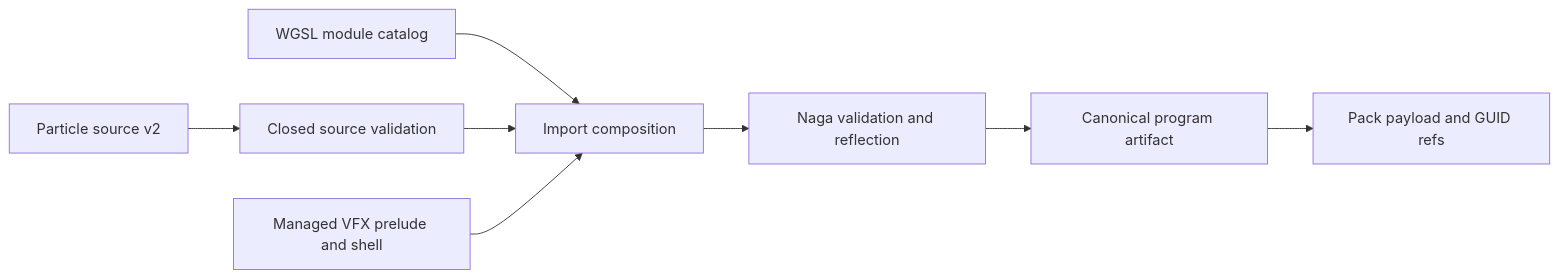
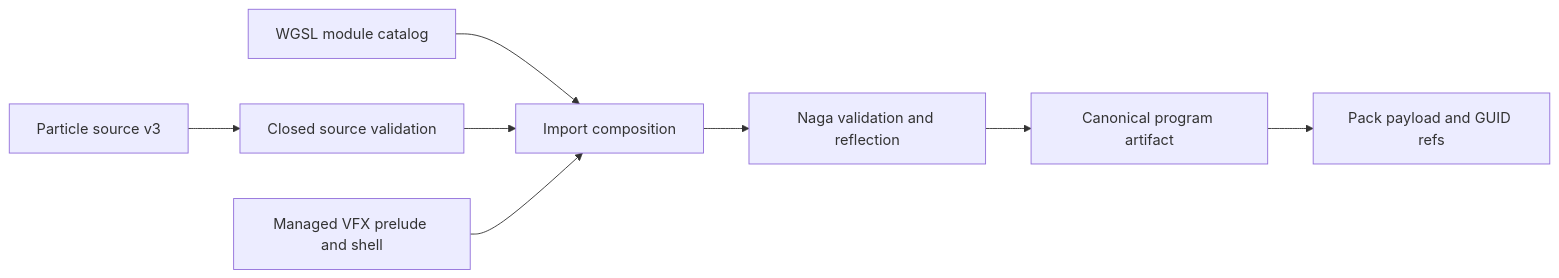
Before and after one commit to ForgeaX-Games/forgeax-editor: the diagram in packages/engine/packages/vfx-compiler/README.md, drawn with Mermaid. The commit also changed other lines of this file and 7023 other files, not shown here.

````diff
--- a/packages/engine/packages/vfx-compiler/README.md
+++ b/packages/engine/packages/vfx-compiler/README.md
@@ -7,10 +7,10 @@
 ```mermaid
 flowchart LR
-    source["Particle source v2"] --> validate["Closed source validation"]
+    source["Particle source v3"] --> validate["Closed source validation"]
     modules["WGSL module catalog"] --> compose["Import composition"]
     validate --> compose
     prelude["Managed VFX prelude and shell"] --> compose
     compose --> naga["Naga validation and reflection"]
     naga --> artifact["Canonical program artifact"]
     artifact --> payload["Pack payload and GUID refs"]
 ```
````
